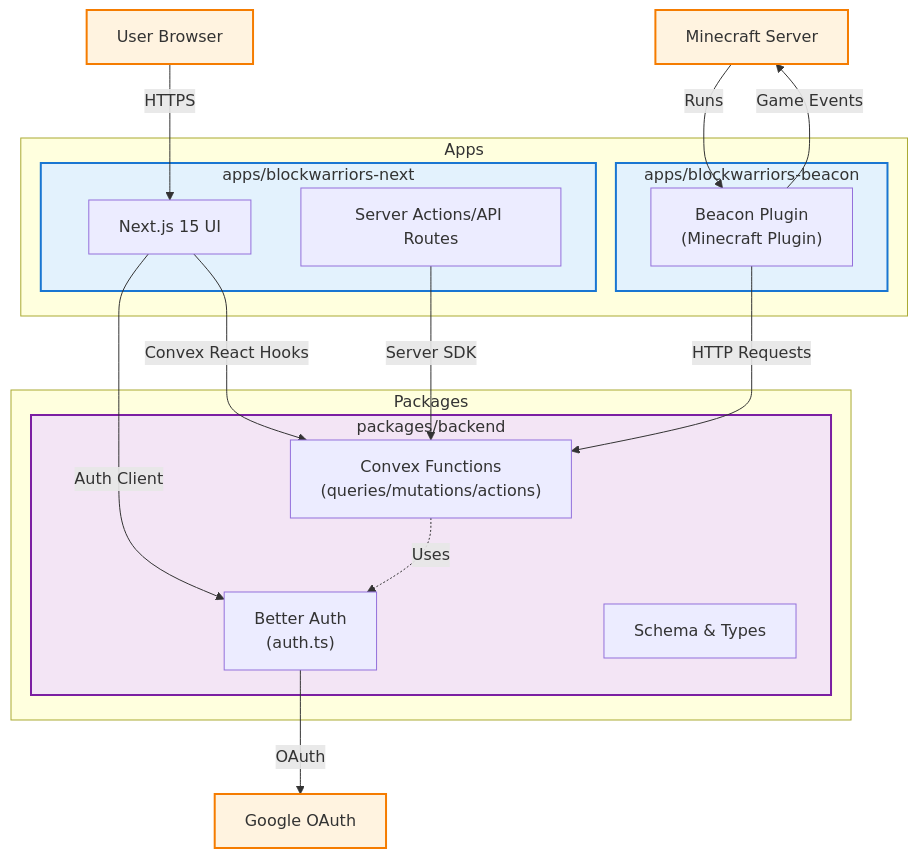
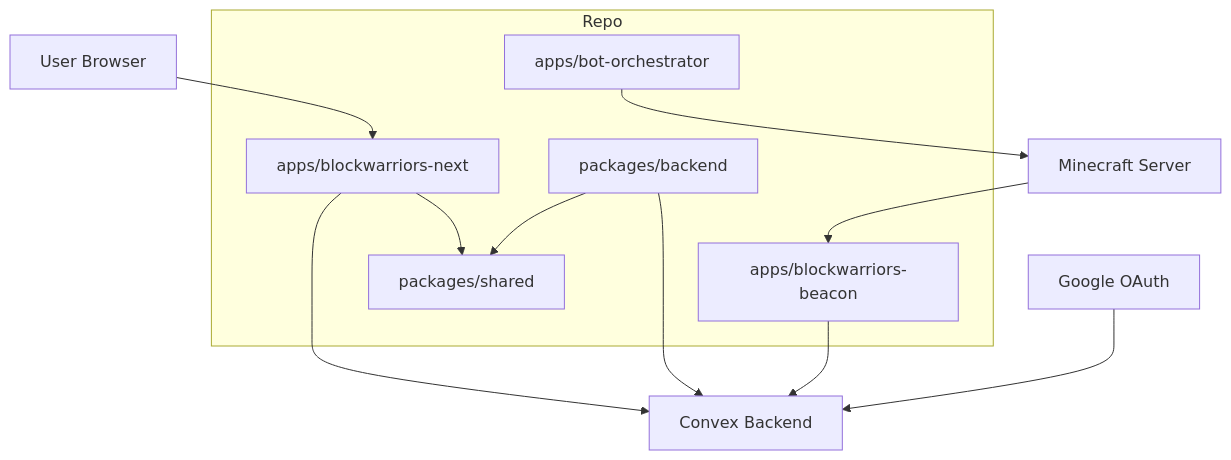
Before and after one commit to project-blockwarriors/blockwarriors-cmd: the diagram in docs/stack.md, drawn with Mermaid. The commit also changed other lines of this file and 70 other files, not shown here.

````diff
--- a/docs/stack.md
+++ b/docs/stack.md
@@ -7,54 +5,25 @@
 ```mermaid
 graph TB
-    %% External Services
     User[User Browser]
     Google[Google OAuth]
+    Convex[Convex Backend]
     MC[Minecraft Server]
 
-    %% Apps
-    subgraph Apps
-        subgraph NextApp["apps/blockwarriors-next"]
-            NextUI[Next.js 15 UI]
-            NextAPI[Server Actions/API Routes]
-        end
-
-        subgraph BeaconApp["apps/blockwarriors-beacon"]
-            BeaconPlugin["Beacon Plugin<br/>(Minecraft Plugin)"]
-        end
+    subgraph Repo
+        Next["apps/blockwarriors-next"]
+        Backend["packages/backend"]
+        Beacon["apps/blockwarriors-beacon"]
+        Bots["apps/bot-orchestrator"]
+        Shared["packages/shared"]
     end
 
-    %% Packages
-    subgraph Packages
-        subgraph Backend["packages/backend"]
-            ConvexFns["Convex Functions<br/>(queries/mutations/actions)"]
-            Auth["Better Auth<br/>(auth.ts)"]
-            Schema[Schema & Types]
-        end
-    end
-
-    %% User Interactions
-    User -->|HTTPS| NextUI
-
-    %% Next.js App Connections
-    NextUI -->|Convex React Hooks| ConvexFns
-    NextAPI -->|Server SDK| ConvexFns
-    NextUI -->|Auth Client| Auth
-
-    %% Minecraft Plugin Connections
-    MC -->|Runs| BeaconPlugin
-    BeaconPlugin -->|HTTP Requests| ConvexFns
-    BeaconPlugin -->|Game Events| MC
-
-    %% Auth Flow
-    Auth -->|OAuth| Google
-    ConvexFns -.->|Uses| Auth
-
-    %% Styling
-    classDef app fill:#e3f2fd,stroke:#1976d2,stroke-width:2px
-    classDef pkg fill:#f3e5f5,stroke:#7b1fa2,stroke-width:2px
-    classDef external fill:#fff3e0,stroke:#f57c00,stroke-width:2px
-
-    class NextApp,BeaconApp app
-    class Backend pkg
-    class User,Google,MC external
+    User --> Next
+    Next --> Convex
+    Backend --> Convex
+    Beacon --> Convex
+    Bots --> MC
+    Next --> Shared
+    Backend --> Shared
+    Google --> Convex
+    MC --> Beacon
 ```
````
